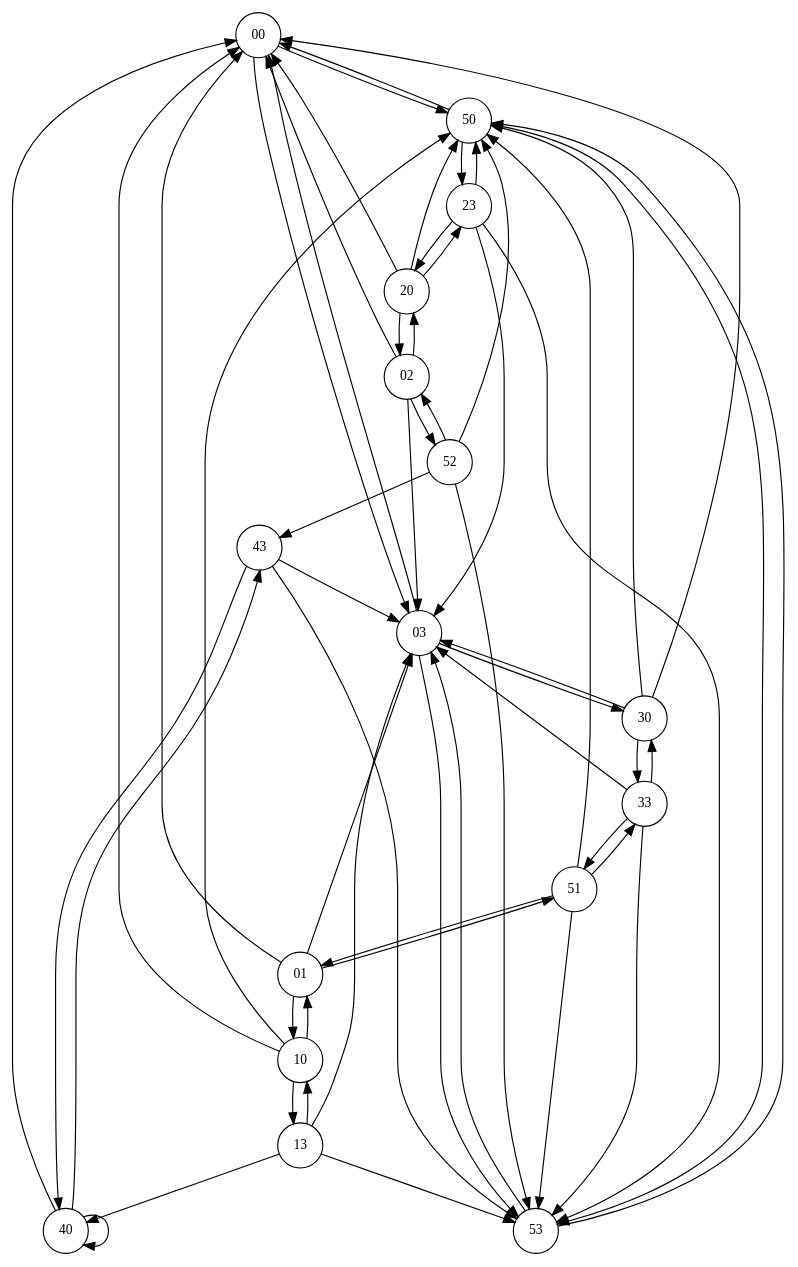
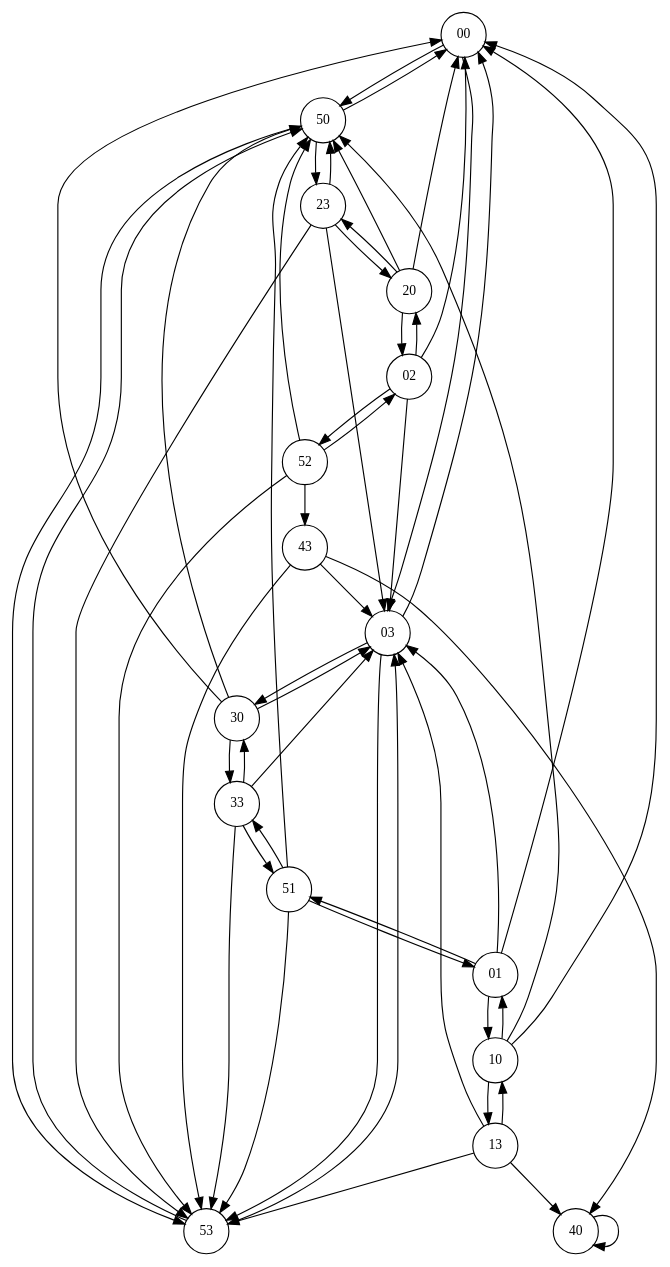
The diagram in xmls/Seaux.dot (omelette-bio/projet-concept-ia), drawn with Graphviz before and after one commit. The commit also changed 2 other files, not shown here.

```diff
--- a/xmls/Seaux.dot
+++ b/xmls/Seaux.dot
@@ -1,59 +1,57 @@
 digraph {
 node[shape=circle, style=filled, fillcolor=white, color=black, fontcolor=black, fontsize=12];
 00 -> 50
 00 -> 03
 50 -> 00
 50 -> 53
 50 -> 23
 23 -> 20
 23 -> 53
 23 -> 03
 23 -> 50
 20 -> 23
 20 -> 50
 20 -> 00
 20 -> 02
 02 -> 00
 02 -> 52
 02 -> 03
 02 -> 20
 52 -> 50
 52 -> 02
 52 -> 53
 52 -> 43
 03 -> 00
 03 -> 53
 03 -> 30
 53 -> 50
 53 -> 03
 30 -> 03
 30 -> 33
 30 -> 50
 30 -> 00
 33 -> 03
 33 -> 30
 33 -> 53
 33 -> 51
 51 -> 50
 51 -> 01
 51 -> 53
 51 -> 33
 01 -> 00
 01 -> 51
 01 -> 03
 01 -> 10
 10 -> 00
 10 -> 01
 10 -> 13
 10 -> 50
 13 -> 10
 13 -> 53
 13 -> 03
 13 -> 40
 43 -> 03
 43 -> 40
 43 -> 53
-40 -> 00
-40 -> 43
 40 -> 40
 }
```
